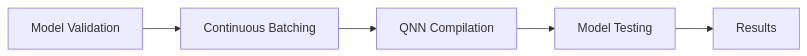
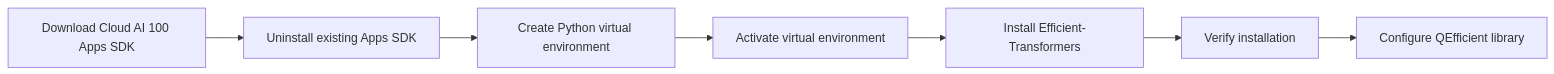
The first of 2 diagrams in .cache/https-github.com-quic-efficient-transformers-18e1b4eec51a/wiki_pages/page-5.md (smedhe/AI_BUZZ_V2), drawn with Mermaid before and after one commit. The commit also changed other lines of this file and 78 other files, not shown here.

````diff
--- a/.cache/https-github.com-quic-efficient-transformers-18e1b4eec51a/wiki_pages/page-5.md
+++ b/.cache/https-github.com-quic-efficient-transformers-18e1b4eec51a/wiki_pages/page-5.md
@@ -18,7 +41,9 @@
 ```mermaid
 flowchart LR
-    A[Model Validation] --> B[Continuous Batching]
-    B --> C[QNN Compilation]
-    C --> D[Model Testing]
-    D --> E[Results]
+    A[Download Cloud AI 100 Apps SDK] --> B[Uninstall existing Apps SDK]
+    B --> C[Create Python virtual environment]
+    C --> D[Activate virtual environment]
+    D --> E[Install Efficient-Transformers]
+    E --> F[Verify installation]
+    F --> G[Configure QEfficient library]
 ```
````
